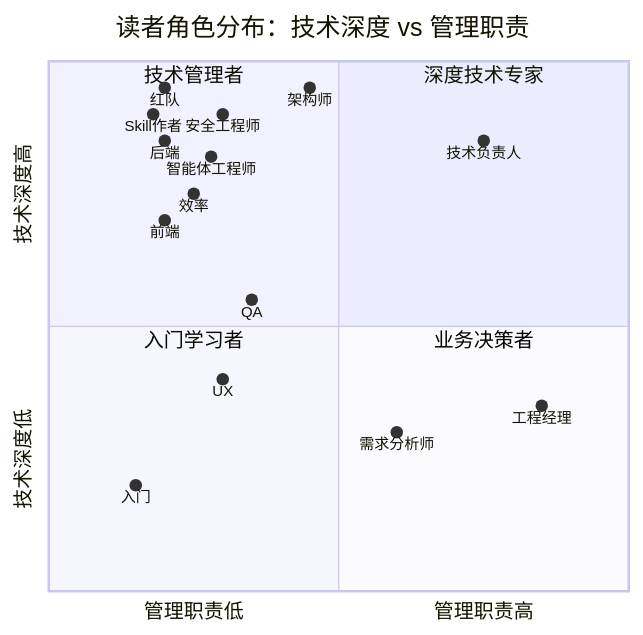
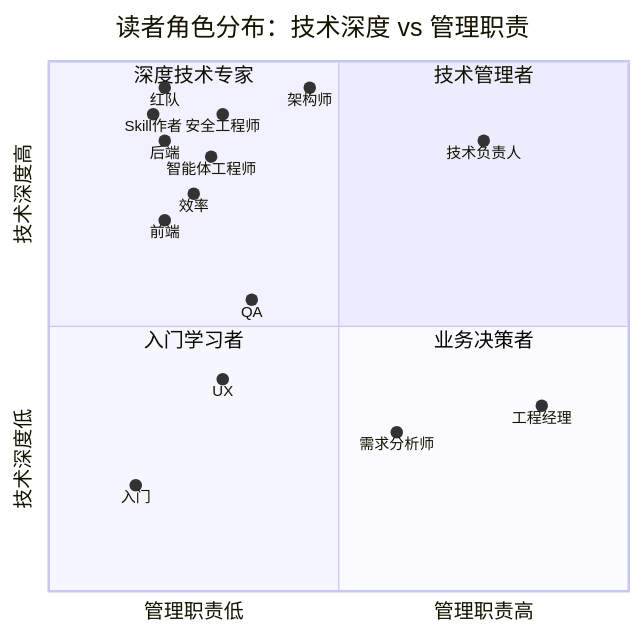
Before and after one commit to tonydeng/harness-engineering-from-oc-to-ai-coding: the second of 6 diagrams in src/00-guide/README.md, drawn with Mermaid.

Commit message:
:bug: fix(1.0): 修复读者引导中的角色分类错误
修复读者引导中的角色分类错误

````diff
--- a/src/00-guide/README.md
+++ b/src/00-guide/README.md
@@ -79,24 +79,24 @@
 ```mermaid
 quadrantChart
     title 读者角色分布：技术深度 vs 管理职责
     x-axis "管理职责低" --> "管理职责高"
     y-axis "技术深度低" --> "技术深度高"
-    quadrant-1 "深度技术专家"
-    quadrant-2 "技术管理者"
+    quadrant-1 "技术管理者"
+    quadrant-2 "深度技术专家"
     quadrant-3 "入门学习者"
     quadrant-4 "业务决策者"
     "入门": [0.15, 0.20]
     "智能体工程师": [0.28, 0.82]
     "效率": [0.25, 0.75]
     "技术负责人": [0.75, 0.85]
     "Skill作者": [0.18, 0.90]
     "工程经理": [0.85, 0.35]
     "需求分析师": [0.60, 0.30]
     "架构师": [0.45, 0.95]
     "后端": [0.20, 0.85]
     "前端": [0.20, 0.70]
     "UX": [0.30, 0.40]
     "QA": [0.35, 0.55]
     "安全工程师": [0.30, 0.90]
     "红队": [0.20, 0.95]
 ```
````
